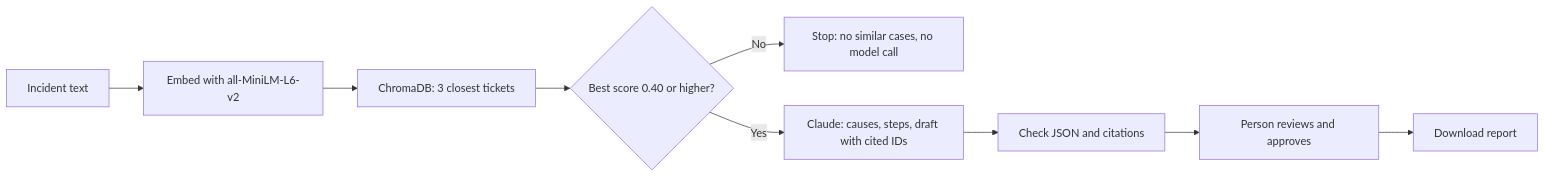
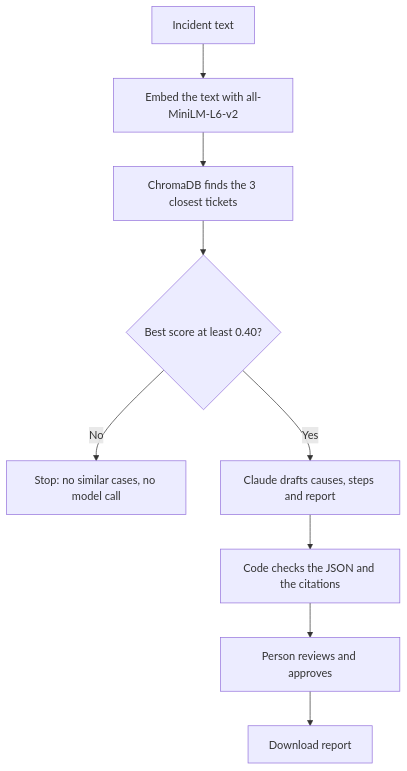
One commit to Marahman02/procurement-support-assistant changed the diagram in README.md. Above: the diagram before and after it, drawn with Mermaid. The commit also changed other lines of this file, not shown here.

First line of the commit message:
Revise README with updated flowchart and text

````diff
--- a/README.md
+++ b/README.md
@@ -35,11 +35,11 @@
 ```mermaid
-flowchart LR
-    A["Incident text"] --> B["Embed with all-MiniLM-L6-v2"]
-    B --> C["ChromaDB: 3 closest tickets"]
-    C --> D{"Best score 0.40 or higher?"}
+flowchart TD
+    A["Incident text"] --> B["Embed the text with all-MiniLM-L6-v2"]
+    B --> C["ChromaDB finds the 3 closest tickets"]
+    C --> D{"Best score at least 0.40?"}
     D -- "No" --> E["Stop: no similar cases, no model call"]
-    D -- "Yes" --> F["Claude: causes, steps, draft with cited IDs"]
-    F --> G["Check JSON and citations"]
+    D -- "Yes" --> F["Claude drafts causes, steps and report"]
+    F --> G["Code checks the JSON and the citations"]
     G --> H["Person reviews and approves"]
     H --> I["Download report"]
 ```
````
